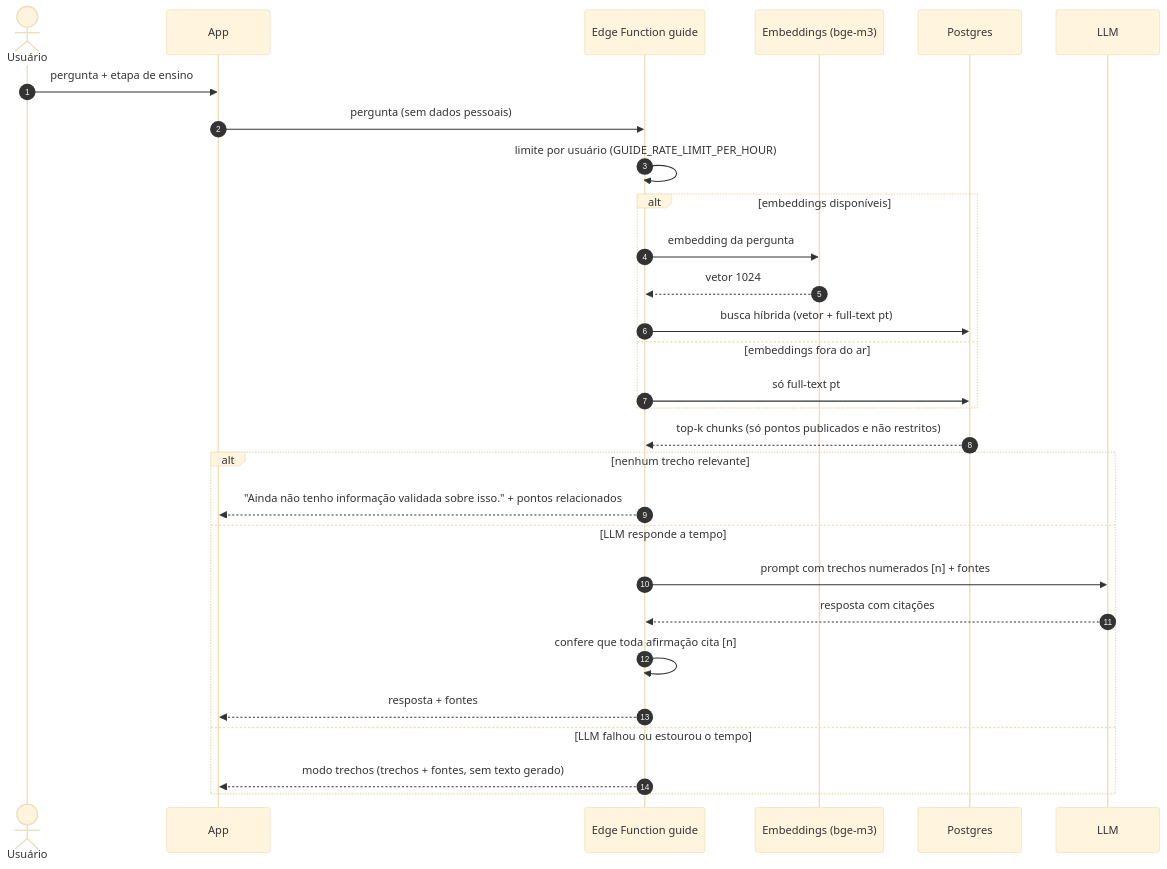
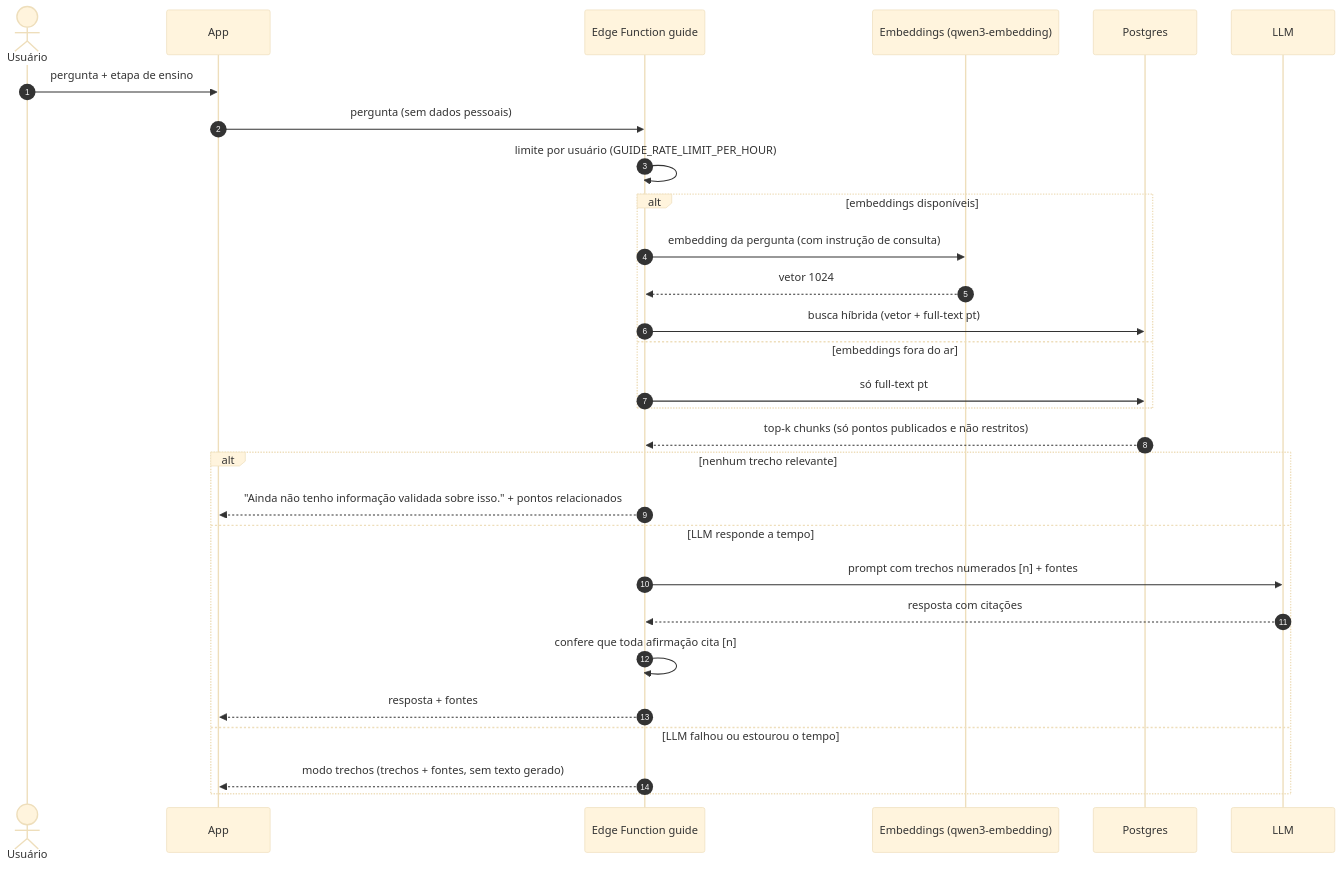
One commit to br-santella/arandu changed the fourth of 4 diagrams in docs/arquitetura/04-fluxos.md. Above: the diagram before and after it, drawn with Mermaid (base theme). The commit also changed 11 other files, not shown here.

First line of the commit message:
feat(pipeline): pin qwen3.5:9b and qwen3-embedding:0.6b, tune client

````diff
--- a/docs/arquitetura/04-fluxos.md
+++ b/docs/arquitetura/04-fluxos.md
@@ -111,32 +111,32 @@
 ```mermaid
 sequenceDiagram
   autonumber
   actor U as Usuário
   participant App as App
   participant F as Edge Function guide
-  participant E as Embeddings (bge-m3)
+  participant E as Embeddings (qwen3-embedding)
   participant DB as Postgres
   participant L as LLM
 
   U->>App: pergunta + etapa de ensino
   App->>F: pergunta (sem dados pessoais)
   F->>F: limite por usuário (GUIDE_RATE_LIMIT_PER_HOUR)
   alt embeddings disponíveis
-    F->>E: embedding da pergunta
+    F->>E: embedding da pergunta (com instrução de consulta)
     E-->>F: vetor 1024
     F->>DB: busca híbrida (vetor + full-text pt)
   else embeddings fora do ar
     F->>DB: só full-text pt
   end
   DB-->>F: top-k chunks (só pontos publicados e não restritos)
   alt nenhum trecho relevante
     F-->>App: "Ainda não tenho informação validada sobre isso." + pontos relacionados
   else LLM responde a tempo
     F->>L: prompt com trechos numerados [n] + fontes
     L-->>F: resposta com citações
     F->>F: confere que toda afirmação cita [n]
     F-->>App: resposta + fontes
   else LLM falhou ou estourou o tempo
     F-->>App: modo trechos (trechos + fontes, sem texto gerado)
   end
 ```
````
